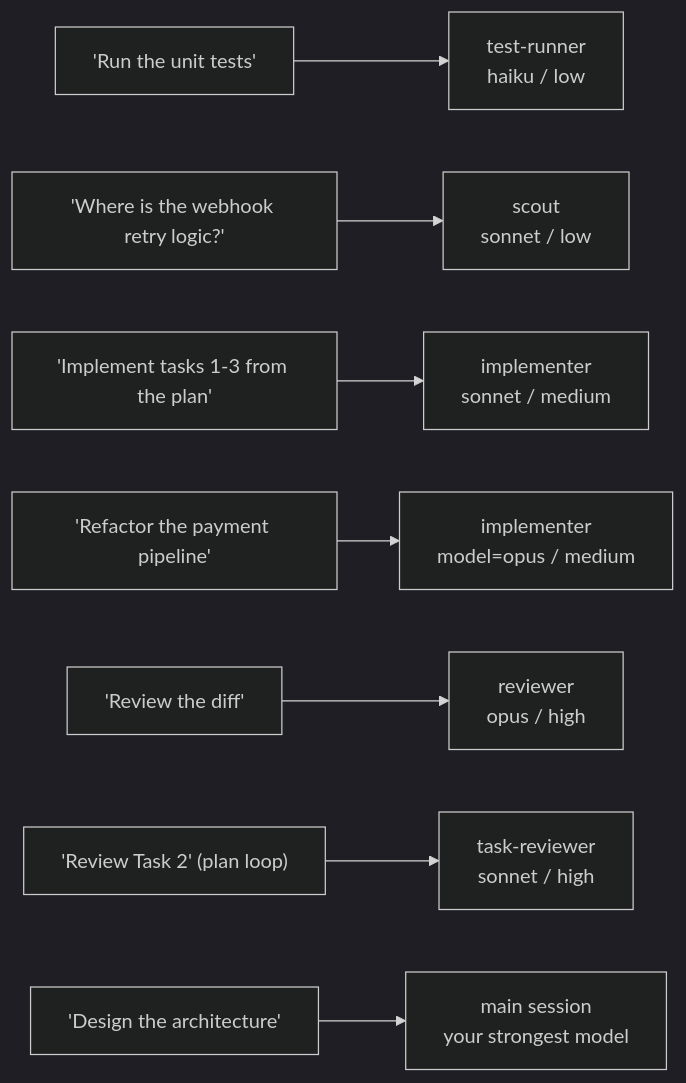
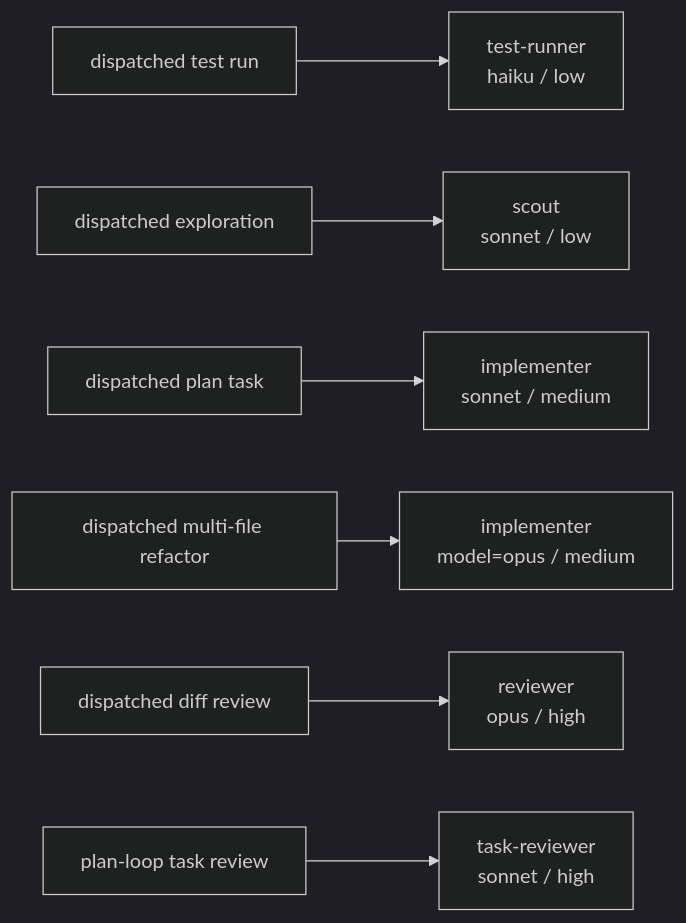
The third of 3 diagrams in README.md (AqueGen/model-routing), drawn with Mermaid (dark theme) before and after one commit. The commit also changed other lines of this file and 23 other files, not shown here.

````diff
--- a/README.md
+++ b/README.md
@@ -196,10 +193,9 @@
 ```mermaid
 flowchart LR
-    A["'Run the unit tests'"] --> TR["test-runner<br/>haiku / low"]
-    B["'Where is the webhook retry logic?'"] --> SC["scout<br/>sonnet / low"]
-    C["'Implement tasks 1-3 from the plan'"] --> IM["implementer<br/>sonnet / medium"]
-    D["'Refactor the payment pipeline'"] --> IMO["implementer<br/>model=opus / medium"]
-    E["'Review the diff'"] --> RV["reviewer<br/>opus / high"]
-    G["'Review Task 2' (plan loop)"] --> TRV["task-reviewer<br/>sonnet / high"]
-    F["'Design the architecture'"] --> MS["main session<br/>your strongest model"]
+    A["dispatched test run"] --> TR["test-runner<br/>haiku / low"]
+    B["dispatched exploration"] --> SC["scout<br/>sonnet / low"]
+    C["dispatched plan task"] --> IM["implementer<br/>sonnet / medium"]
+    D["dispatched multi-file refactor"] --> IMO["implementer<br/>model=opus / medium"]
+    E["dispatched diff review"] --> RV["reviewer<br/>opus / high"]
+    G["plan-loop task review"] --> TRV["task-reviewer<br/>sonnet / high"]
 ```
````
